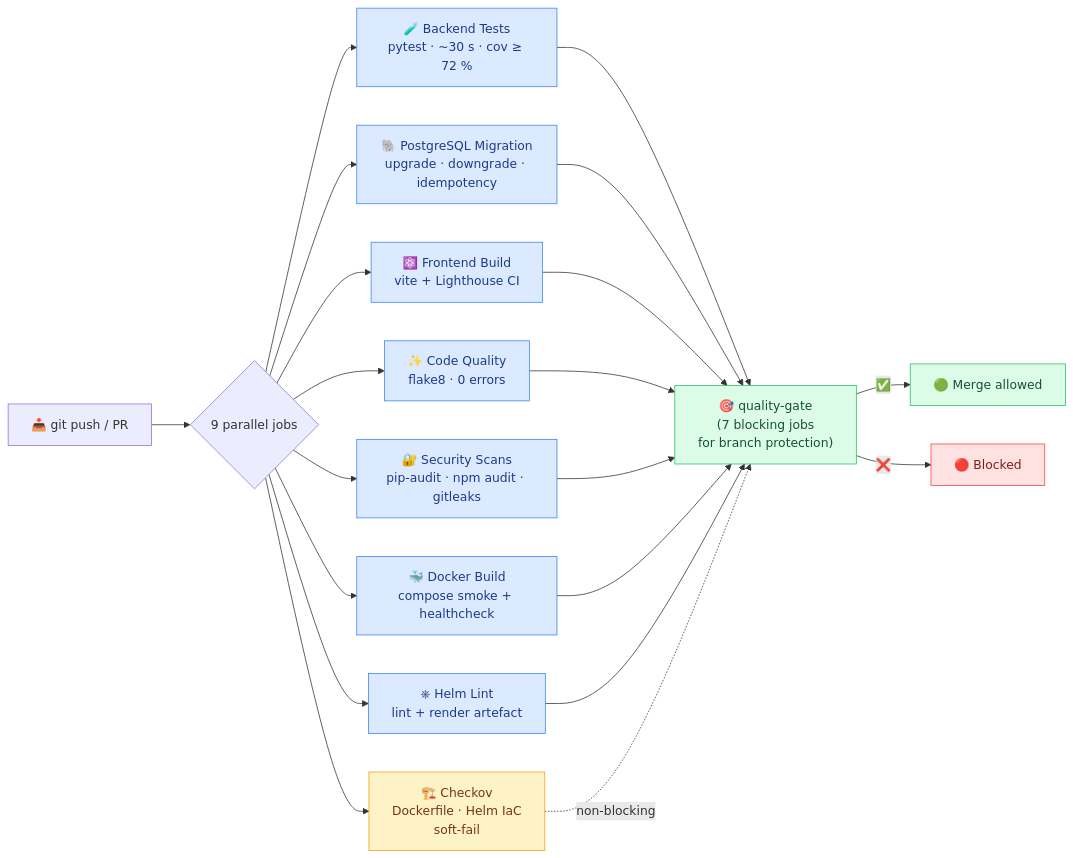
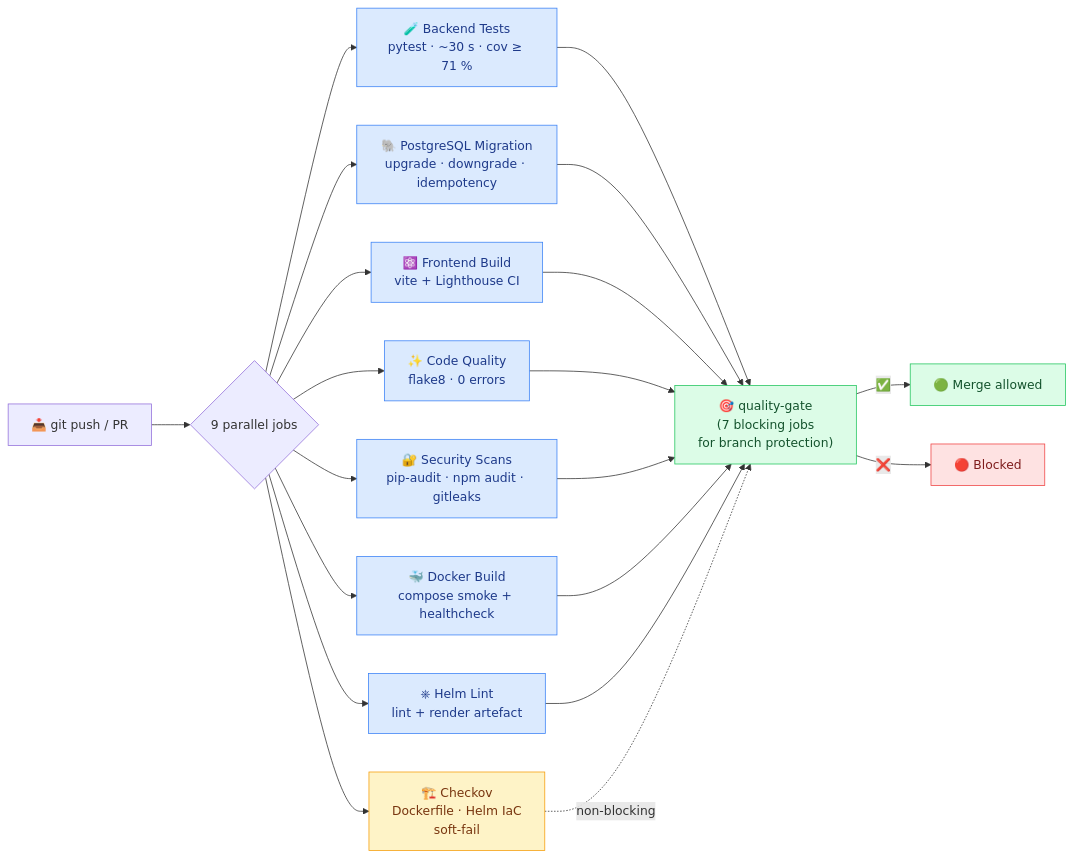
One commit to omarbabba779xx/CyberTwin-SOC changed diagram 16 of 19 in README.md. Above: the diagram before and after it, drawn with Mermaid. The commit also changed other lines of this file, not shown here.

First line of the commit message:
docs(readme): sync roadmap next-ideas with Sentinel/Jira/MISP; add E2E command

````diff
--- a/README.md
+++ b/README.md
@@ -1150,27 +1099,27 @@
 ```mermaid
 flowchart LR
     PUSH["📥 git push / PR"] --> JOBS{9 parallel jobs}
 
-    JOBS --> J1["🧪 Backend Tests<br/>pytest · ~30 s · cov ≥ 72 %"]
+    JOBS --> J1["🧪 Backend Tests<br/>pytest · ~30 s · cov ≥ 71 %"]
     JOBS --> J2["🐘 PostgreSQL Migration<br/>upgrade · downgrade · idempotency"]
     JOBS --> J3["⚛️ Frontend Build<br/>vite + Lighthouse CI"]
     JOBS --> J4["✨ Code Quality<br/>flake8 · 0 errors"]
     JOBS --> J5["🔐 Security Scans<br/>pip-audit · npm audit · gitleaks"]
     JOBS --> J6["🐳 Docker Build<br/>compose smoke + healthcheck"]
     JOBS --> J7["⎈ Helm Lint<br/>lint + render artefact"]
     JOBS --> J8["🏗️ Checkov<br/>Dockerfile · Helm IaC<br/>soft-fail"]
 
     J1 & J2 & J3 & J4 & J5 & J6 & J7 --> QG["🎯 quality-gate<br/>(7 blocking jobs<br/>for branch protection)"]
     J8 -.->|non-blocking| QG
     QG -->|✅| MERGE["🟢 Merge allowed"]
     QG -->|❌| BLOCK["🔴 Blocked"]
 
     classDef job fill:#dbeafe,stroke:#3b82f6,color:#1e3a8a
     classDef soft fill:#fef3c7,stroke:#f59e0b,color:#78350f
     classDef pass fill:#dcfce7,stroke:#22c55e,color:#14532d
     classDef fail fill:#fee2e2,stroke:#ef4444,color:#7f1d1d
     class J1,J2,J3,J4,J5,J6,J7 job
     class J8 soft
     class QG,MERGE pass
     class BLOCK fail
 ```
````
